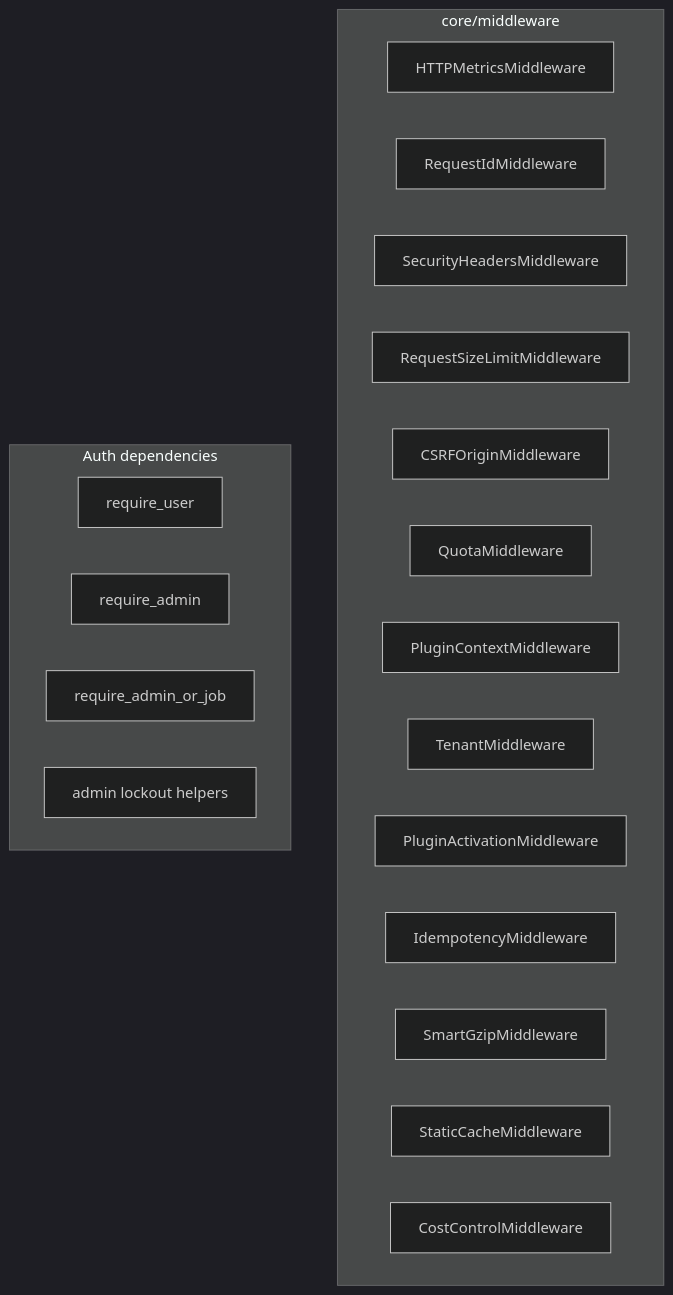
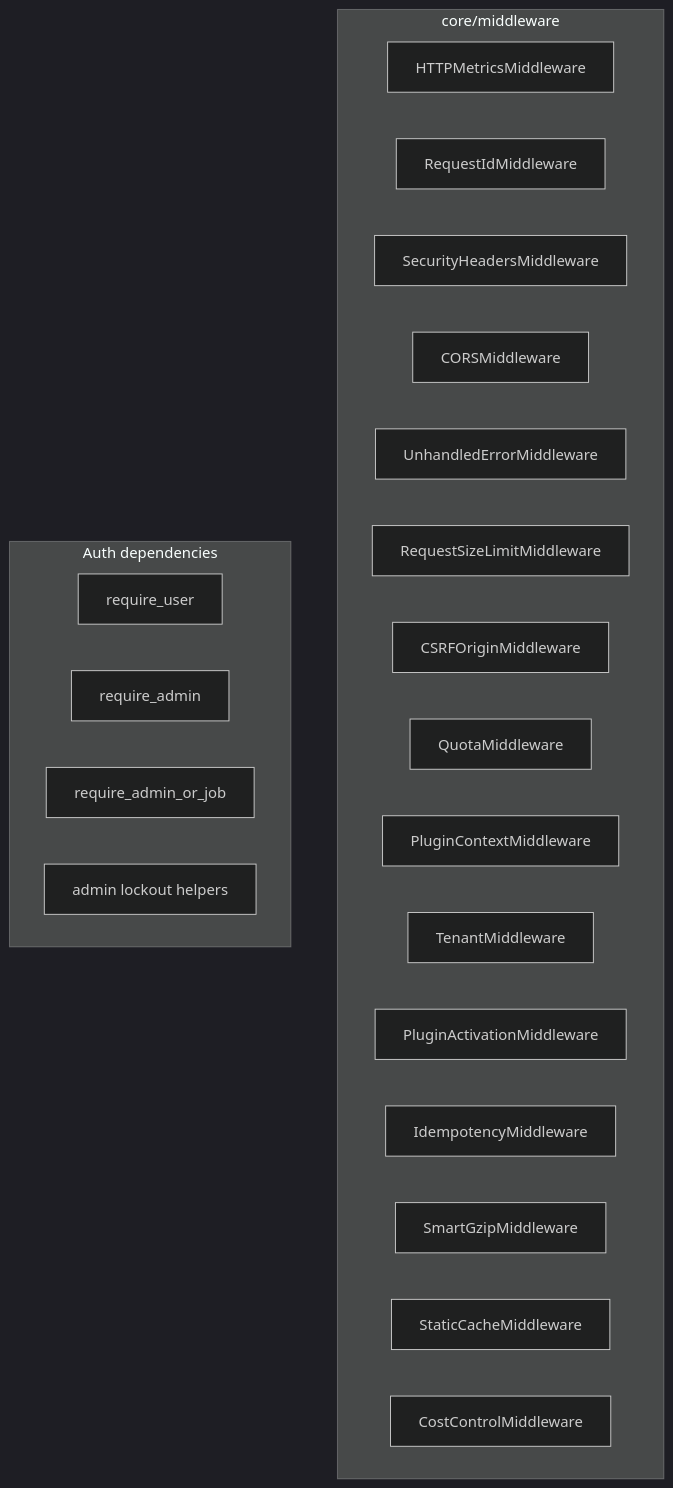
Before and after one commit to baselithcore/baselithcore: the diagram in mkdocs-site/docs/core-modules/middleware.md, drawn with Mermaid (dark theme). The commit also changed other lines of this file and 135 other files, not shown here.

````diff
--- a/mkdocs-site/docs/core-modules/middleware.md
+++ b/mkdocs-site/docs/core-modules/middleware.md
@@ -14,25 +14,27 @@
 ```mermaid
 graph TB
     subgraph MW["core/middleware"]
         Metrics[HTTPMetricsMiddleware]
         ReqId[RequestIdMiddleware]
         SecHdr[SecurityHeadersMiddleware]
+        CORS[CORSMiddleware]
+        Unhandled[UnhandledErrorMiddleware]
         Size[RequestSizeLimitMiddleware]
         CSRF[CSRFOriginMiddleware]
         Quota[QuotaMiddleware]
         PlugCtx[PluginContextMiddleware]
         Tenant[TenantMiddleware]
         PlugAct[PluginActivationMiddleware]
         Idem[IdempotencyMiddleware]
         Gzip[SmartGzipMiddleware]
         StaticCache[StaticCacheMiddleware]
         Cost[CostControlMiddleware]
     end
 
     subgraph Deps["Auth dependencies"]
         ReqUser[require_user]
         ReqAdmin[require_admin]
         ReqJob[require_admin_or_job]
         Lockout[admin lockout helpers]
     end
 ```
````
